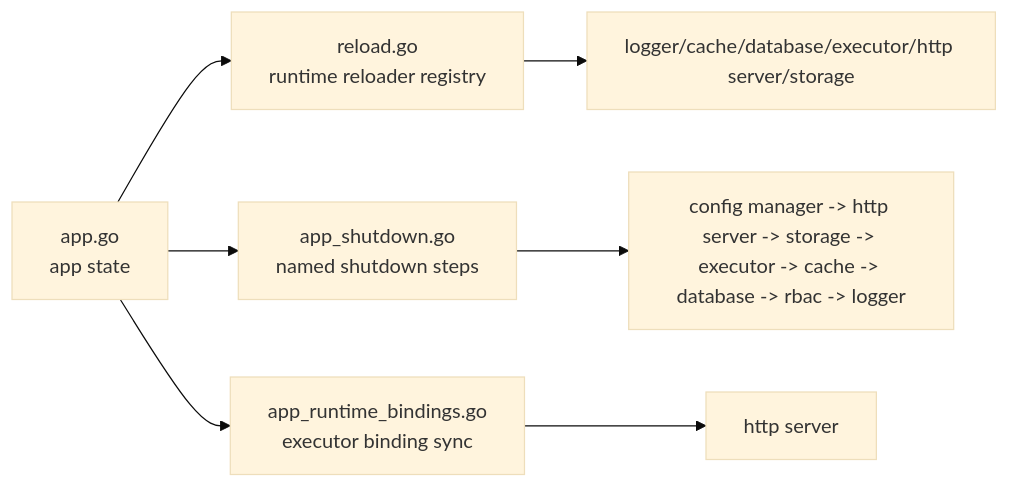
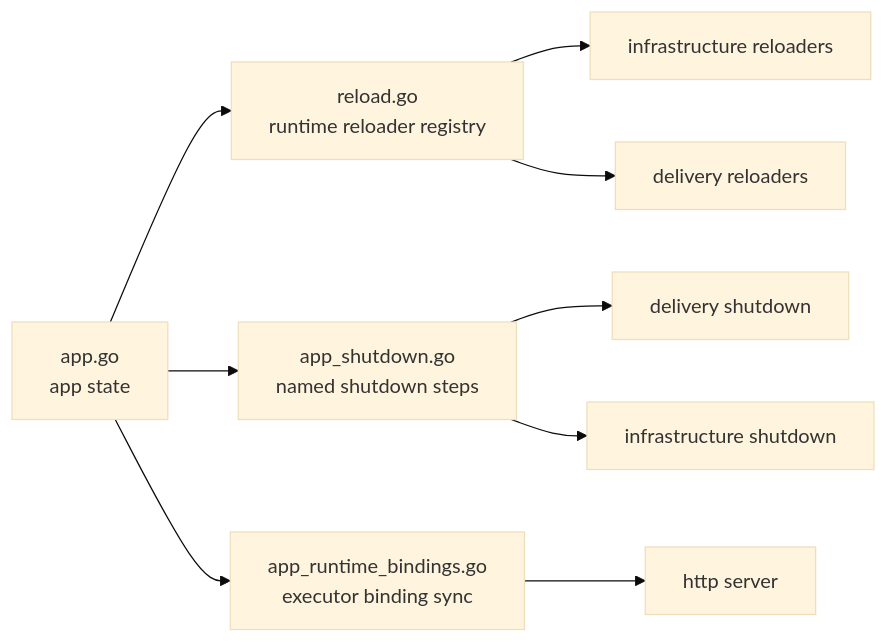
Before and after one commit to rin721/rei: the third of 17 diagrams in docs/vibe/architecture/topology.md, drawn with Mermaid (base theme). The commit also changed other lines of this file and 23 other files, not shown here.

````diff
--- a/docs/vibe/architecture/topology.md
+++ b/docs/vibe/architecture/topology.md
@@ -60,9 +60,11 @@
 ```mermaid
 flowchart LR
     A["app.go<br/>app state"] --> B["reload.go<br/>runtime reloader registry"]
     A --> C["app_shutdown.go<br/>named shutdown steps"]
     A --> D["app_runtime_bindings.go<br/>executor binding sync"]
-    B --> E["logger/cache/database/executor/http server/storage"]
-    C --> F["config manager -> http server -> storage -> executor -> cache -> database -> rbac -> logger"]
-    D --> H["http server"]
+    B --> E["infrastructure reloaders"]
+    B --> F["delivery reloaders"]
+    C --> G["delivery shutdown"]
+    C --> H["infrastructure shutdown"]
+    D --> I["http server"]
 ```
````
